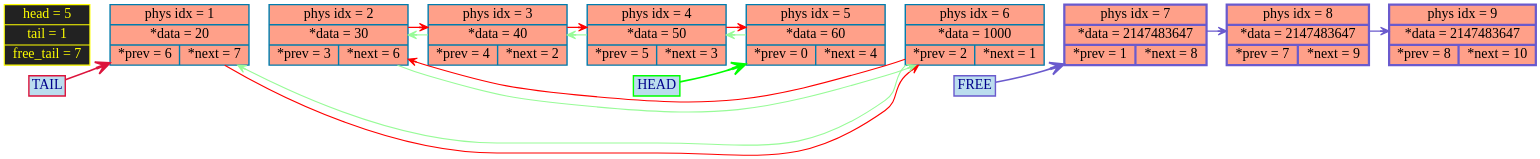
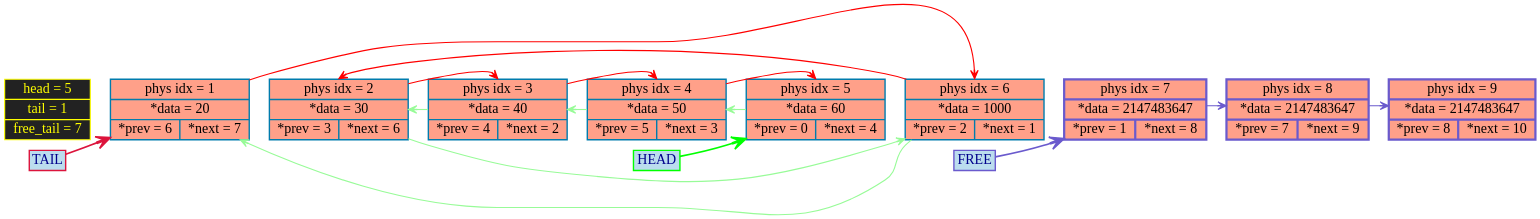
One commit to timoko3/list changed the diagram in graphDump.dot. Above: the diagram before and after it, drawn with Graphviz. The commit also changed 3 other files, not shown here.

```diff
--- a/graphDump.dot
+++ b/graphDump.dot
@@ -1,34 +1,34 @@
 digraph G {
 rankdir=LR
 bgcolor="transparent"
 	node [shape=record, style="filled", fillcolor="#FFA089", fontcolor="black", color="#007CAD", penwidth=2.5, fontname="Tahoma", fontsize=25];
 
 edge [color="#2d714f", arrowsize=1, penwidth=5, arrowhead="vee", style="bold"];
 node0 [label="head = 5 | tail = 1 | free_tail = 7", shape=record, style="filled", fillcolor="#222222", fontcolor="yellow", color="yellow", penwidth=2];
 	node1 [label="phys idx = 1 | *data = 20 | {*prev = 6 | *next = 7} "];
 	node2 [label="phys idx = 2 | *data = 30 | {*prev = 3 | *next = 6} "];
 	node3 [label="phys idx = 3 | *data = 40 | {*prev = 4 | *next = 2} "];
 	node4 [label="phys idx = 4 | *data = 50 | {*prev = 5 | *next = 3} "];
 	node5 [label="phys idx = 5 | *data = 60 | {*prev = 0 | *next = 4} "];
 	node6 [label="phys idx = 6 | *data = 1000 | {*prev = 2 | *next = 1} "];
 	node7 [label="phys idx = 7 | *data = 2147483647 | {*prev = 1 | *next = 8} "];
 	node8 [label="phys idx = 8 | *data = 2147483647 | {*prev = 7 | *next = 9} "];
 	node9 [label="phys idx = 9 | *data = 2147483647 | {*prev = 8 | *next = 10} "];
 
 head_label      [shape=box, label="HEAD", style="filled", fillcolor="#BBDDEE", color="lime", fontcolor="darkblue"];
 tail_label      [shape=box, label="TAIL", style="filled", fillcolor="#BBDDEE", color="#DC143C",   fontcolor="darkblue"];
 free_head_label [shape=box, label="FREE", style="filled", fillcolor="#BBDDEE", color="#6A5ACD",   fontcolor="darkblue"];
 head_label      -> node5 [color="lime", arrowsize=2.5, penwidth=3];
 tail_label      -> node1 [color="#DC143C"  , arrowsize=2.5, penwidth=3];
 free_head_label -> node7 [color="#6A5ACD"  , arrowsize=2.5, penwidth=3];
 node0 -> node1[style=invis, weight = 100000]	node1 -> node2 -> node3 -> node4 -> node5 -> node6 -> node7 -> node8 -> node9[style=invis, weight=1000000];
 	node5 -> node4 -> node3 -> node2 -> node6 -> node1[color="#98FB98", arrowsize=1.5, penwidth=2, weight=100000];
 
 	node7 -> node8 -> node9[color="#6A5ACD", arrowsize=1.5, penwidth=2, weight=100000];
 
 	node7[color = "#6A5ACD", penwidth=4];
 	node8[color = "#6A5ACD", penwidth=4];
 	node9[color = "#6A5ACD", penwidth=4];
-node1 -> node6 -> node2 -> node3 -> node4 -> node5[color="red", arrowsize=1.5, penwidth=2, weight=100000];
+node1 -> node6 -> node2 -> node3 -> node4 -> node5[color="red", arrowsize=1.5, penwidth=2, weight=100000, headport=n];
 
 }
```
